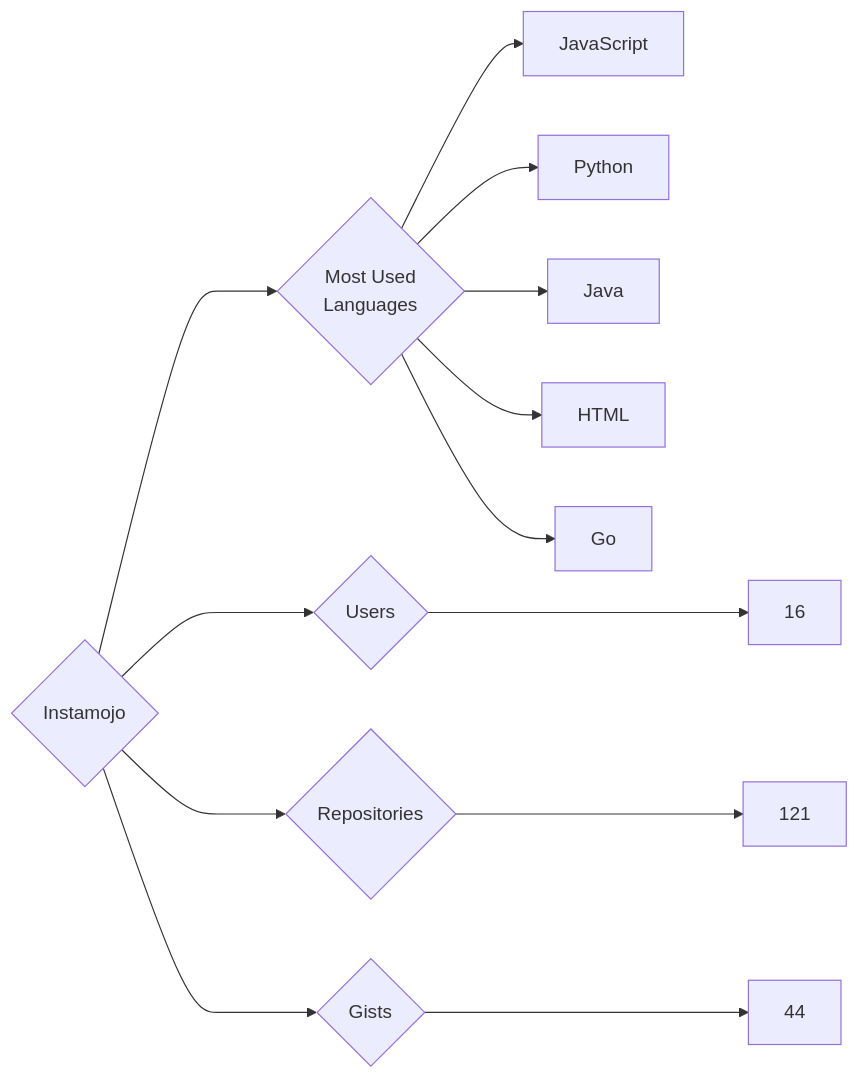
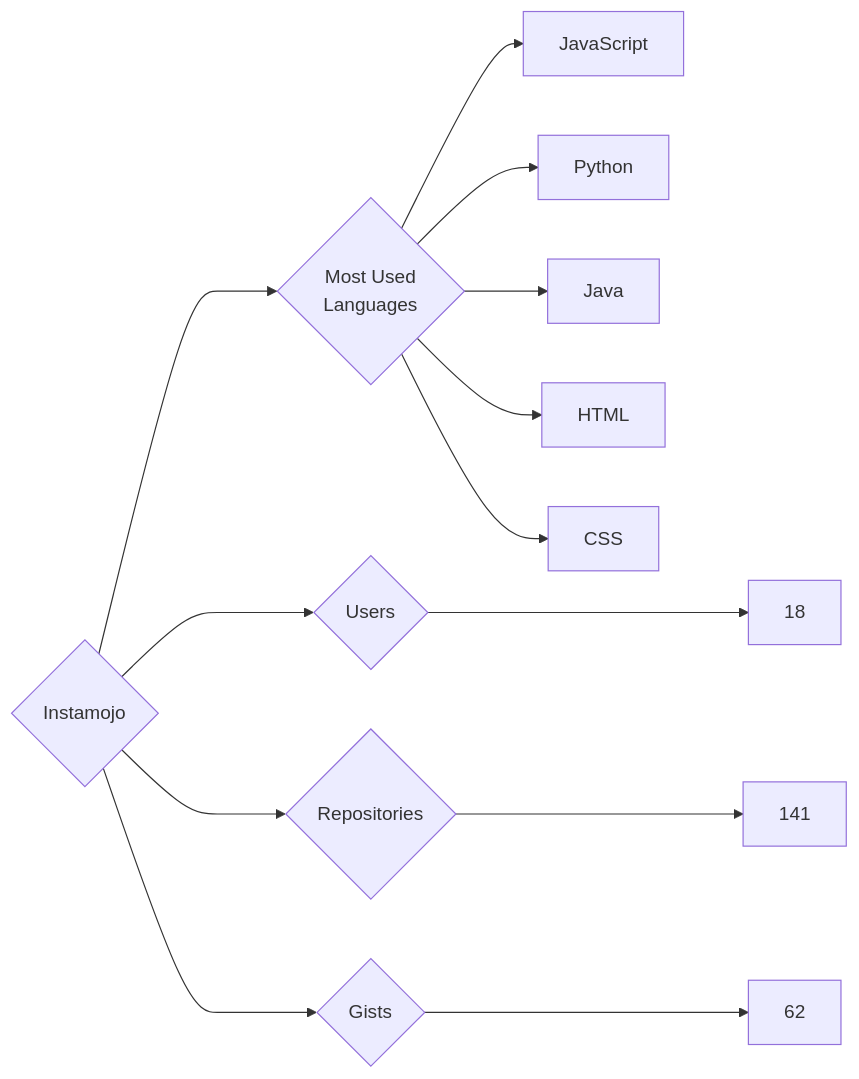
The diagram in targets/Instamojo/README.md (trickest/insiders), drawn with Mermaid before and after one commit. The commit also changed 900 other files, not shown here.

````diff
--- a/targets/Instamojo/README.md
+++ b/targets/Instamojo/README.md
@@ -3,13 +3,13 @@
 ```mermaid
 graph LR
 COMPANY_NAME{Instamojo}
-COMPANY_NAME ---> U{Users} ---> UN[16]
-COMPANY_NAME ---> R{Repositories} ---> RN[121]
-COMPANY_NAME ---> G{Gists} ---> GN[44]
+COMPANY_NAME ---> U{Users} ---> UN[18]
+COMPANY_NAME ---> R{Repositories} ---> RN[141]
+COMPANY_NAME ---> G{Gists} ---> GN[62]
 COMPANY_NAME ---> ML{Most Used<br>Languages}
 ML --> JavaScript[JavaScript]
 ML --> Python[Python]
 ML --> Java[Java]
 ML --> HTML[HTML]
-ML --> Go[Go]
+ML --> CSS[CSS]
 ```
````
